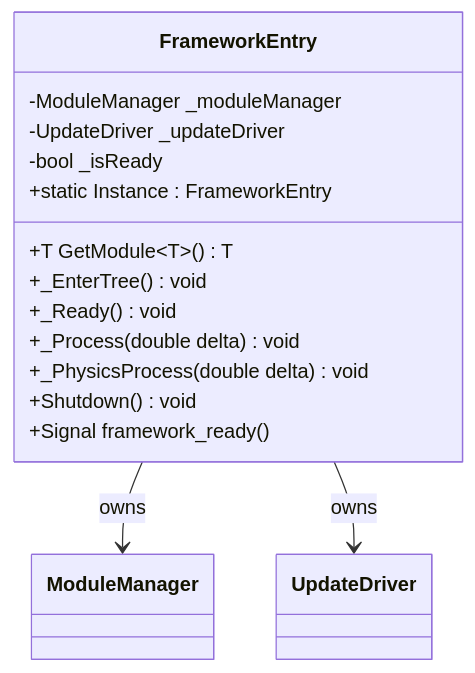
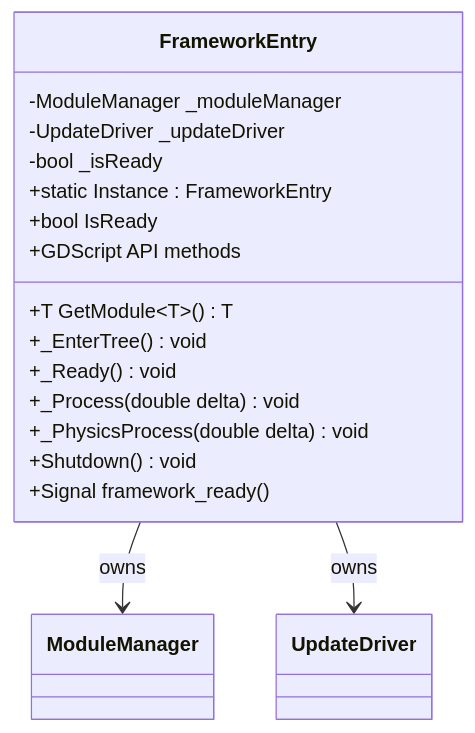
The second of 29 diagrams in docs/architecture/SYSTEM_DESIGN.md (Me-Maped/Claude-Code-Game-Studios), drawn with Mermaid before and after one commit. The commit also changed other lines of this file and 8 other files, not shown here.

````diff
--- a/docs/architecture/SYSTEM_DESIGN.md
+++ b/docs/architecture/SYSTEM_DESIGN.md
@@ -185,18 +185,20 @@
 ```mermaid
 classDiagram
     class FrameworkEntry {
         -ModuleManager _moduleManager
         -UpdateDriver _updateDriver
         -bool _isReady
         +static Instance : FrameworkEntry
         +T GetModule~T~() T
+        +bool IsReady
+        +GDScript API methods
         +_EnterTree() void
         +_Ready() void
         +_Process(double delta) void
         +_PhysicsProcess(double delta) void
         +Shutdown() void
         +Signal framework_ready()
     }
     FrameworkEntry --> ModuleManager : owns
     FrameworkEntry --> UpdateDriver : owns
 ```
````
